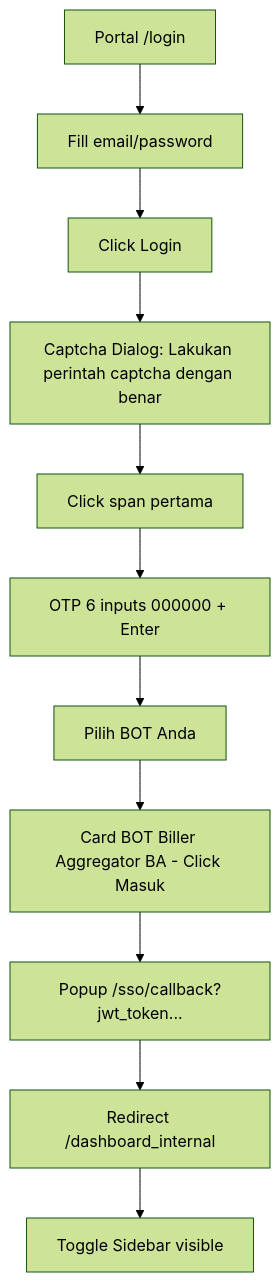
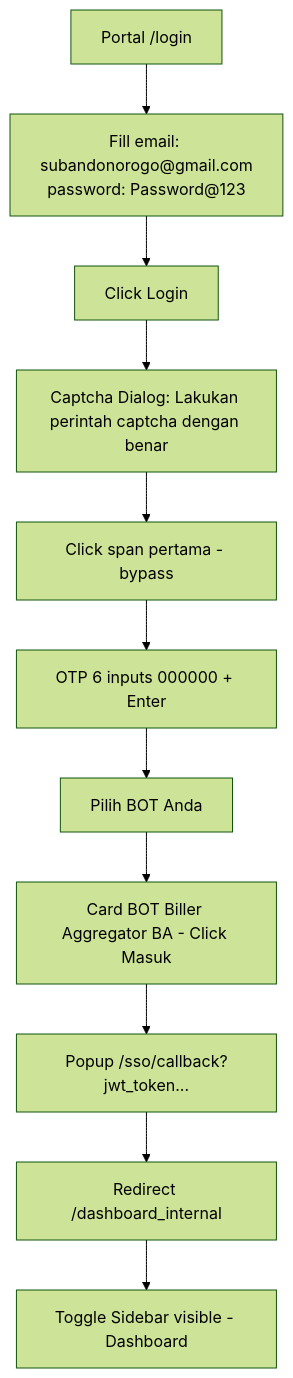
One commit to rogo-s/Qa-Automation-Kickstarter changed the first of 8 diagrams in docs/user-guide/biller-agg.md. Above: the diagram before and after it, drawn with Mermaid (forest theme). The commit also changed other lines of this file and 1 other file, not shown here.

Commit message:
docs: biller-agg user guide v1.1 detail lengkap per menu + flowchart + sesi validasi terpisah, 15K md + 44K docx

````diff
--- a/docs/user-guide/biller-agg.md
+++ b/docs/user-guide/biller-agg.md
@@ -53,13 +70,13 @@
 ```mermaid
 flowchart TD
-    A[Portal /login] --> B[Fill email/password]
+    A[Portal /login] --> B[Fill email: subandonorogo@gmail.com<br/>password: Password@123]
     B --> C[Click Login]
     C --> D[Captcha Dialog: Lakukan perintah captcha dengan benar]
-    D --> E[Click span pertama]
+    D --> E[Click span pertama - bypass]
     E --> F[OTP 6 inputs 000000 + Enter]
     F --> G[Pilih BOT Anda]
     G --> H[Card BOT Biller Aggregator BA - Click Masuk]
     H --> I[Popup /sso/callback?jwt_token...]
     I --> J[Redirect /dashboard_internal]
-    J --> K[Toggle Sidebar visible]
+    J --> K[Toggle Sidebar visible - Dashboard]
 ```
````
